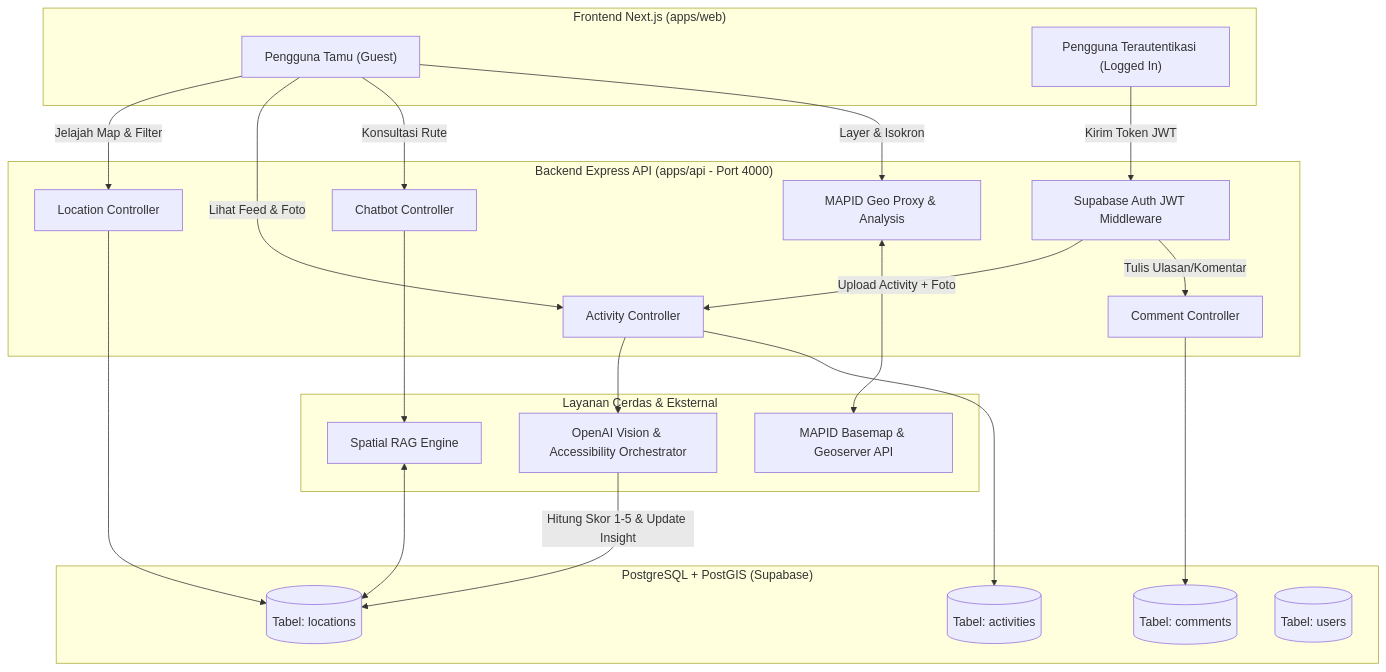
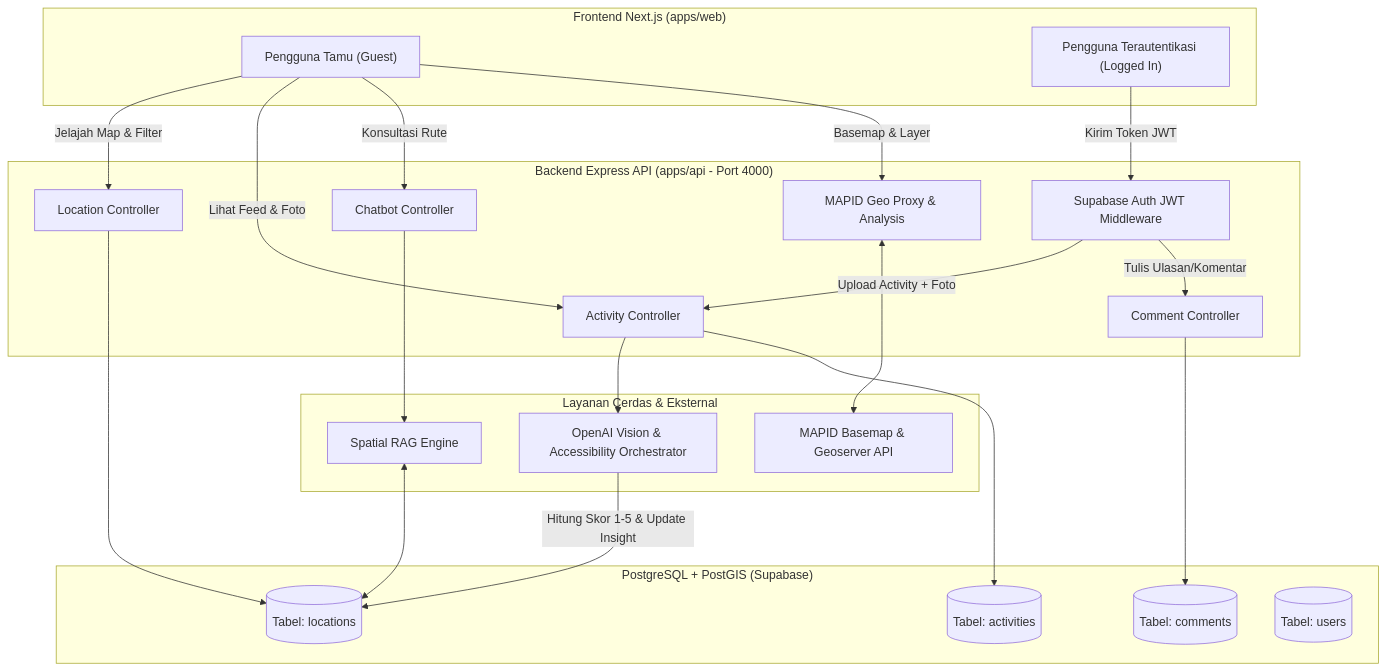
The diagram in API_DOCUMENTATION.md (Cerobong-Asap-Mapid-WebGis-Competition/DifaMap), drawn with Mermaid before and after one commit. The commit also changed other lines of this file and 5 other files, not shown here.

````diff
--- a/API_DOCUMENTATION.md
+++ b/API_DOCUMENTATION.md
@@ -9,48 +9,48 @@
 ```mermaid
 flowchart TD
     subgraph Client ["Frontend Next.js (apps/web)"]
         GuestUser["Pengguna Tamu (Guest)"]
         AuthUser["Pengguna Terautentikasi (Logged In)"]
     end
 
     subgraph BackendAPI ["Backend Express API (apps/api - Port 4000)"]
         AuthMiddleware["Supabase Auth JWT Middleware"]
         LocationCtrl["Location Controller"]
         ActivityCtrl["Activity Controller"]
         CommentCtrl["Comment Controller"]
         ChatbotCtrl["Chatbot Controller"]
         MapIdCtrl["MAPID Geo Proxy & Analysis"]
     end
 
     subgraph Services ["Layanan Cerdas & Eksternal"]
         AIOrchestrator["OpenAI Vision & Accessibility Orchestrator"]
         SpatialRAG["Spatial RAG Engine"]
         MapIdGeoserver["MAPID Basemap & Geoserver API"]
     end
 
     subgraph Database ["PostgreSQL + PostGIS (Supabase)"]
         TblLocations[("Tabel: locations")]
         TblActivities[("Tabel: activities")]
         TblComments[("Tabel: comments")]
         TblUsers[("Tabel: users")]
     end
 
     %% Relasi Alur
     GuestUser -->|Jelajah Map & Filter| LocationCtrl
     GuestUser -->|Lihat Feed & Foto| ActivityCtrl
     GuestUser -->|Konsultasi Rute| ChatbotCtrl
-    GuestUser -->|Layer & Isokron| MapIdCtrl
+    GuestUser -->|Basemap & Layer| MapIdCtrl
 
     AuthUser -->|Kirim Token JWT| AuthMiddleware
     AuthMiddleware -->|Upload Activity + Foto| ActivityCtrl
     AuthMiddleware -->|Tulis Ulasan/Komentar| CommentCtrl
 
     ActivityCtrl --> AIOrchestrator
     AIOrchestrator -->|Hitung Skor 1-5 & Update Insight| TblLocations
     ActivityCtrl --> TblActivities
     LocationCtrl --> TblLocations
     CommentCtrl --> TblComments
     ChatbotCtrl --> SpatialRAG
     SpatialRAG <--> TblLocations
     MapIdCtrl <--> MapIdGeoserver
 ```
````
